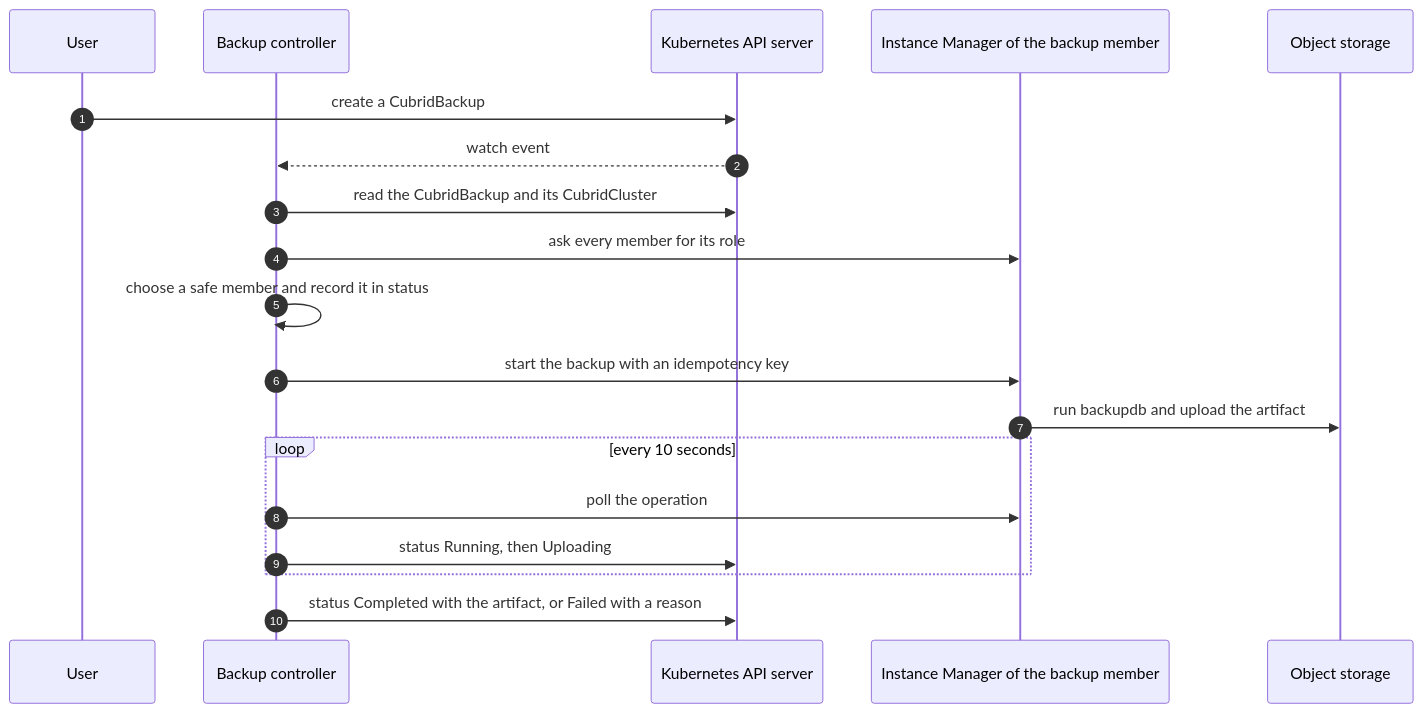
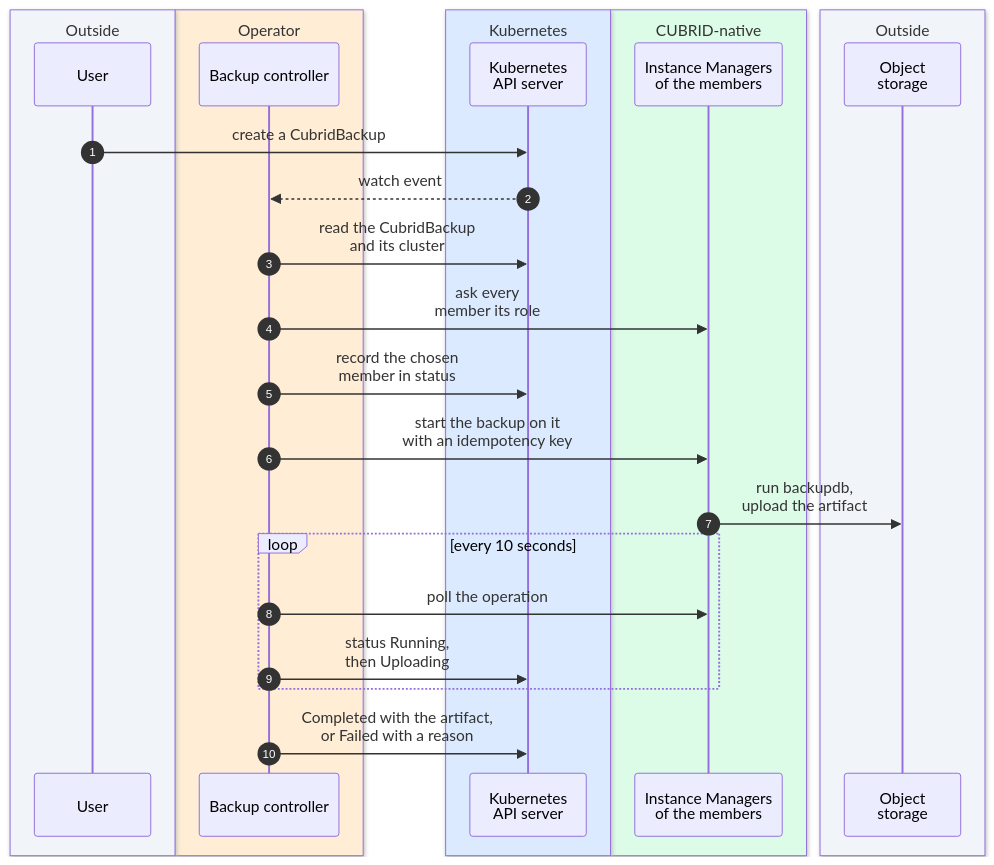
The third of 3 diagrams in docs/architecture/reconciliation.md (cubrid-lab/cubrid-kubernetes-operator), drawn with Mermaid before and after one commit. The commit also changed other lines of this file and 4 other files, not shown here.

First line of the commit message:
docs(architecture): make the diagrams readable on GitHub and cite code by symbol (#653)

````diff
--- a/docs/architecture/reconciliation.md
+++ b/docs/architecture/reconciliation.md
@@ -116,22 +150,33 @@
 ```mermaid
+%%{init: {"sequence": {"actorMargin": 30, "width": 120}}}%%
 sequenceDiagram
     autonumber
-    participant U as User
-    participant BC as Backup controller
-    participant API as Kubernetes API server
-    participant IM as Instance Manager of the backup member
-    participant OS as Object storage
+    box rgb(241,245,249) Outside
+        participant U as User
+    end
+    box rgb(255,237,213) Operator
+        participant BC as Backup controller
+    end
+    box rgb(219,234,254) Kubernetes
+        participant API as Kubernetes<br/>API server
+    end
+    box rgb(220,252,231) CUBRID-native
+        participant IM as Instance Managers<br/>of the members
+    end
+    box rgb(241,245,249) Outside
+        participant OS as Object<br/>storage
+    end
 
     U->>API: create a CubridBackup
     API-->>BC: watch event
-    BC->>API: read the CubridBackup and its CubridCluster
-    BC->>IM: ask every member for its role
-    BC->>BC: choose a safe member and record it in status
-    BC->>IM: start the backup with an idempotency key
-    IM->>OS: run backupdb and upload the artifact
+    BC->>API: read the CubridBackup<br/>and its cluster
+    BC->>IM: ask every<br/>member its role
+    BC->>API: record the chosen<br/>member in status
+    BC->>IM: start the backup on it<br/>with an idempotency key
+    IM->>OS: run backupdb,<br/>upload the artifact
     loop every 10 seconds
         BC->>IM: poll the operation
-        BC->>API: status Running, then Uploading
+        BC->>API: status Running,<br/>then Uploading
     end
-    BC->>API: status Completed with the artifact, or Failed with a reason
+    BC->>API: Completed with the artifact,<br/>or Failed with a reason
 ```
````
